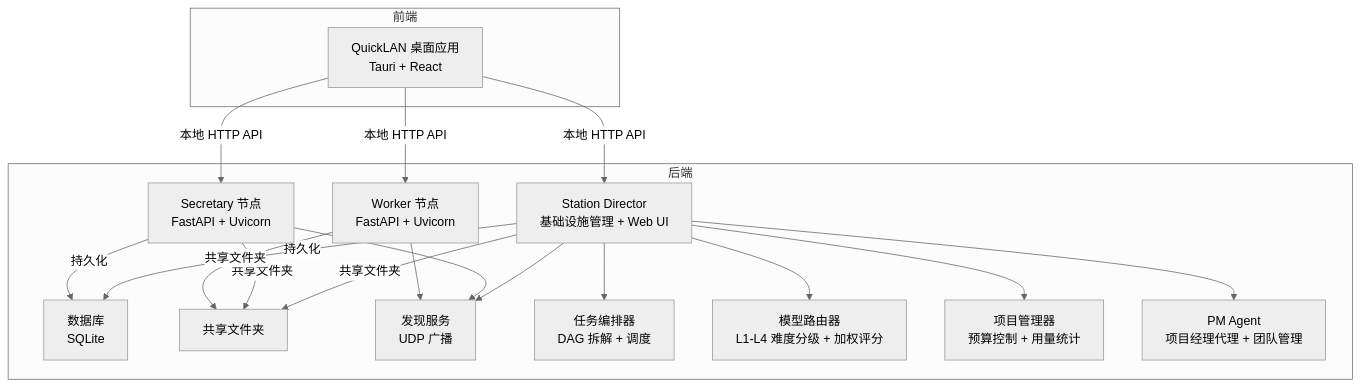
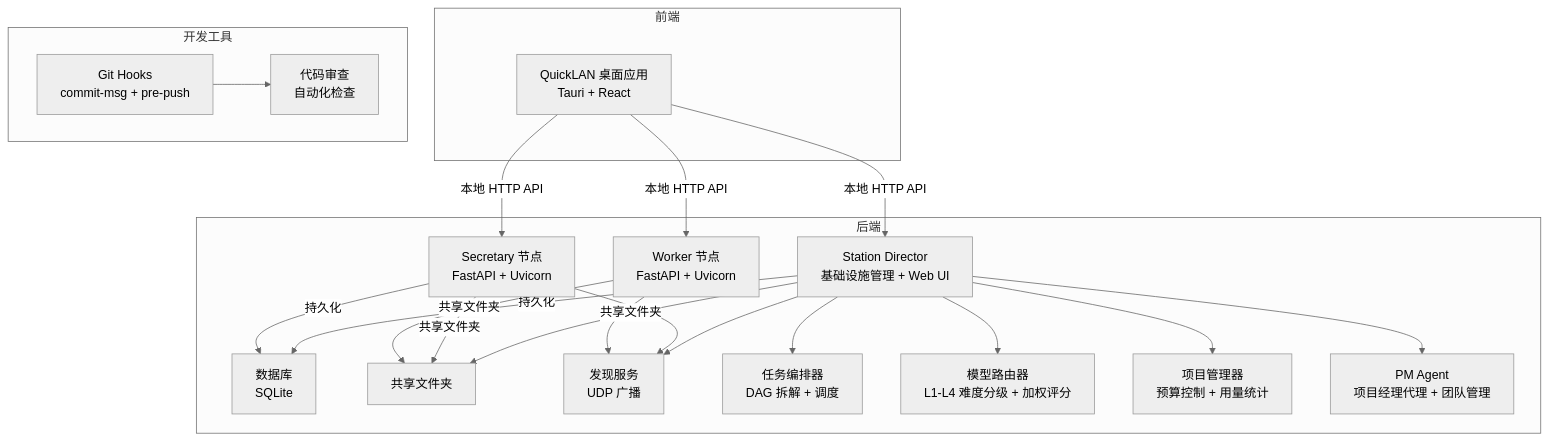
The first of 11 diagrams in .qoder/repowiki/zh/content/部署指南/部署指南.md (targalian/Personal-distributed-workstation), drawn with Mermaid (neutral theme) before and after one commit. The commit also changed other lines of this file and 117 other files, not shown here.

````diff
--- a/.qoder/repowiki/zh/content/部署指南/部署指南.md
+++ b/.qoder/repowiki/zh/content/部署指南/部署指南.md
@@ -74,33 +57,38 @@
 ```mermaid
 graph TB
 subgraph "后端"
 SD["Station Director<br/>基础设施管理 + Web UI"]
 S["Secretary 节点<br/>FastAPI + Uvicorn"]
 W["Worker 节点<br/>FastAPI + Uvicorn"]
 D["数据库<br/>SQLite"]
 SF["共享文件夹"]
 N["发现服务<br/>UDP 广播"]
 OR["任务编排器<br/>DAG 拆解 + 调度"]
 MR["模型路由器<br/>L1-L4 难度分级 + 加权评分"]
 PM["项目管理器<br/>预算控制 + 用量统计"]
 PMA["PM Agent<br/>项目经理代理 + 团队管理"]
 end
 subgraph "前端"
 Q["QuickLAN 桌面应用<br/>Tauri + React"]
 end
+subgraph "开发工具"
+GH["Git Hooks<br/>commit-msg + pre-push"]
+CR["代码审查<br/>自动化检查"]
+end
 Q --> |"本地 HTTP API"| SD
 Q --> |"本地 HTTP API"| S
 Q --> |"本地 HTTP API"| W
 SD --> |"持久化"| D
 SD --> |"共享文件夹"| SF
 S --> |"持久化"| D
 S --> |"共享文件夹"| SF
 W --> |"共享文件夹"| SF
 SD --> N
 S --> N
 W --> N
 SD --> OR
 SD --> MR
 SD --> PM
 SD --> PMA
+GH --> CR
 ```
````
